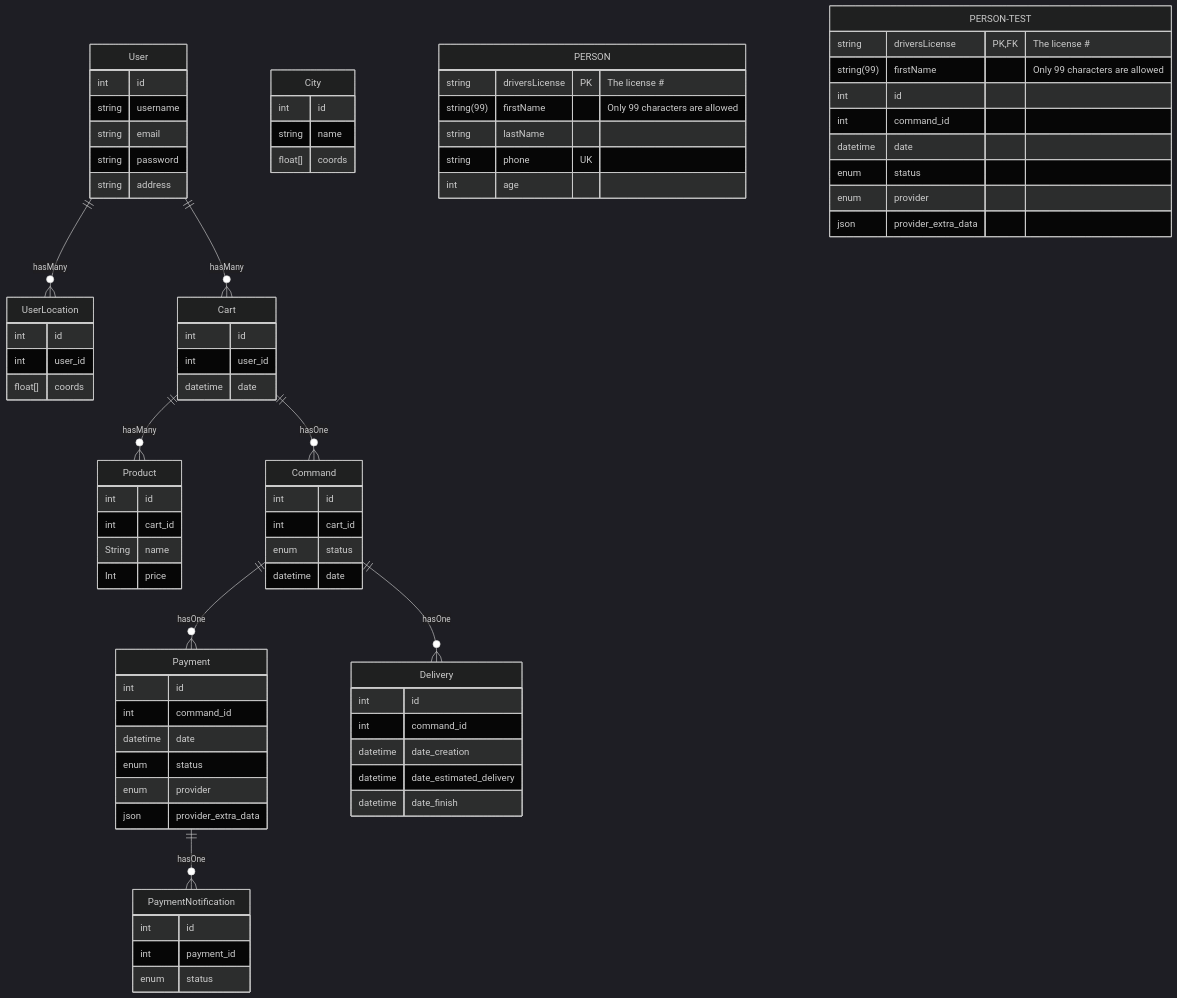
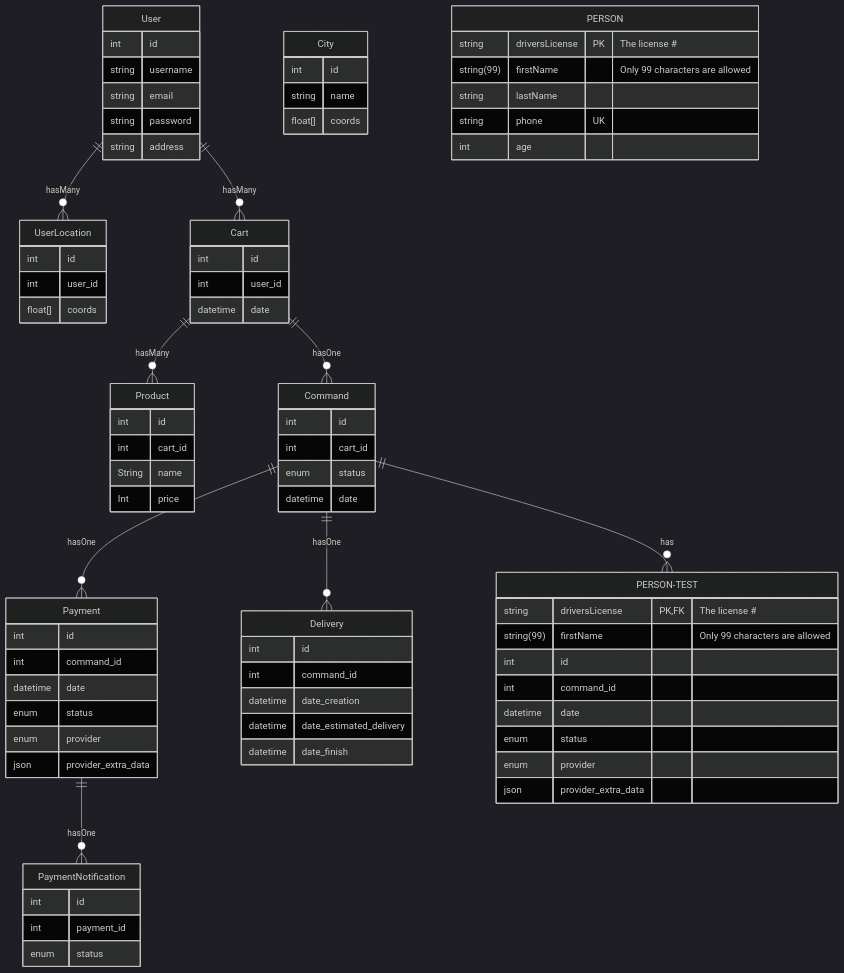
Before and after one commit to joussin/api_allopico_old: the first of 6 diagrams in readme.md, drawn with Mermaid (dark theme).

```diff
--- a/readme.md
+++ b/readme.md
@@ -36,6 +36,8 @@
     Command ||--o{ Delivery : hasOne
     
     Payment ||--o{ PaymentNotification : hasOne
+    
+    Command ||--o{ PERSON-TEST : has
     
     City {
         int id
```
